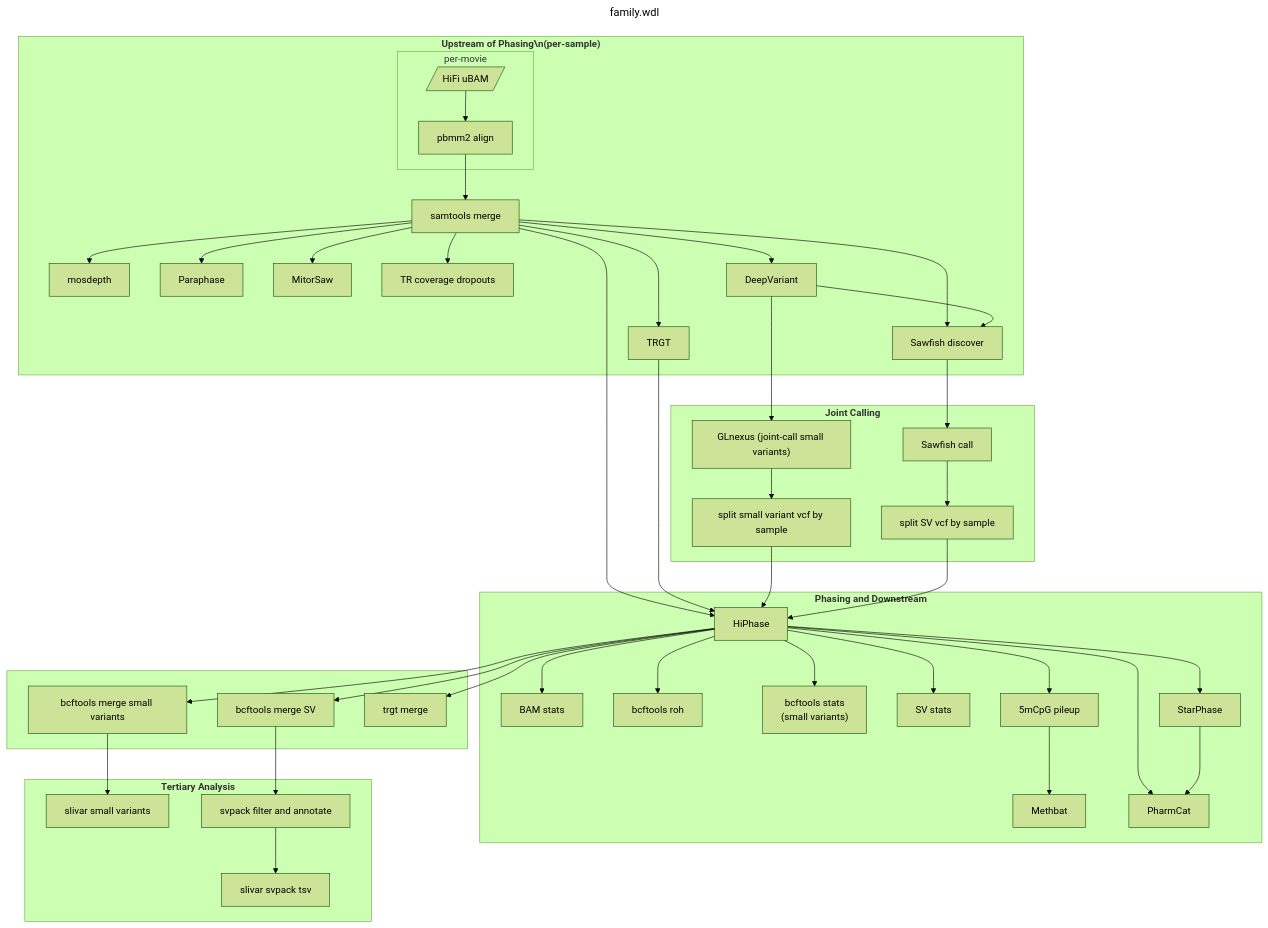
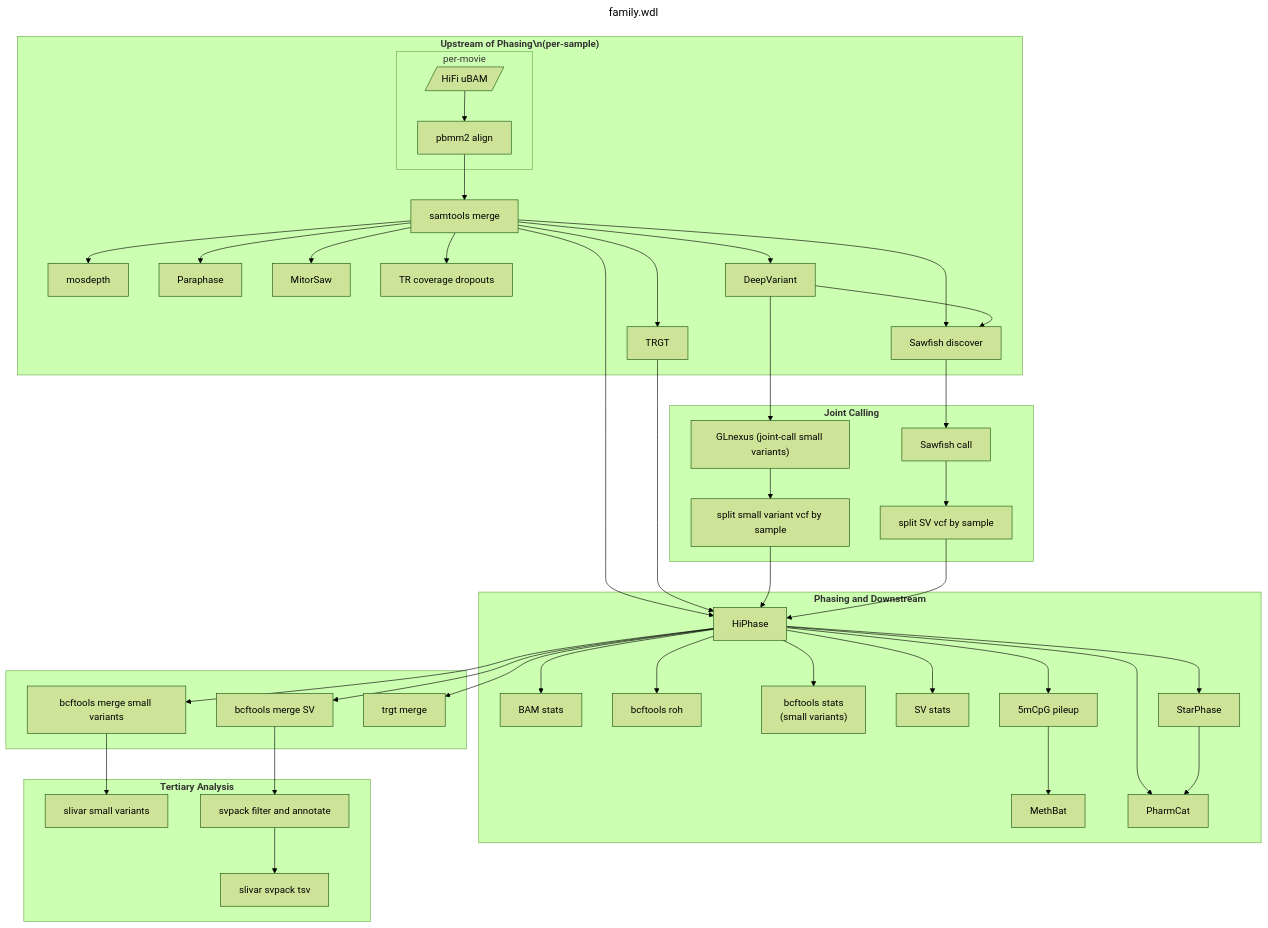
Before and after one commit to PacificBiosciences/HiFi-human-WGS-WDL: the diagram in docs/family.md, drawn with Mermaid (forest theme). The commit also changed other lines of this file and 3 other files, not shown here.

Commit message:
Add methbat_region_tsv to ref_map and docs.  Fix MethBat case in docs.

```diff
--- a/docs/family.md
+++ b/docs/family.md
@@ -50,7 +50,7 @@
     bcftools_stats["bcftools stats\n(small variants)"]
     sv_stats["SV stats"]
     cpg_pileup["5mCpG pileup"]
-    methbat["Methbat"]
+    methbat["MethBat"]
     starphase["StarPhase"]
     pharmcat["PharmCat"]
   end
```
